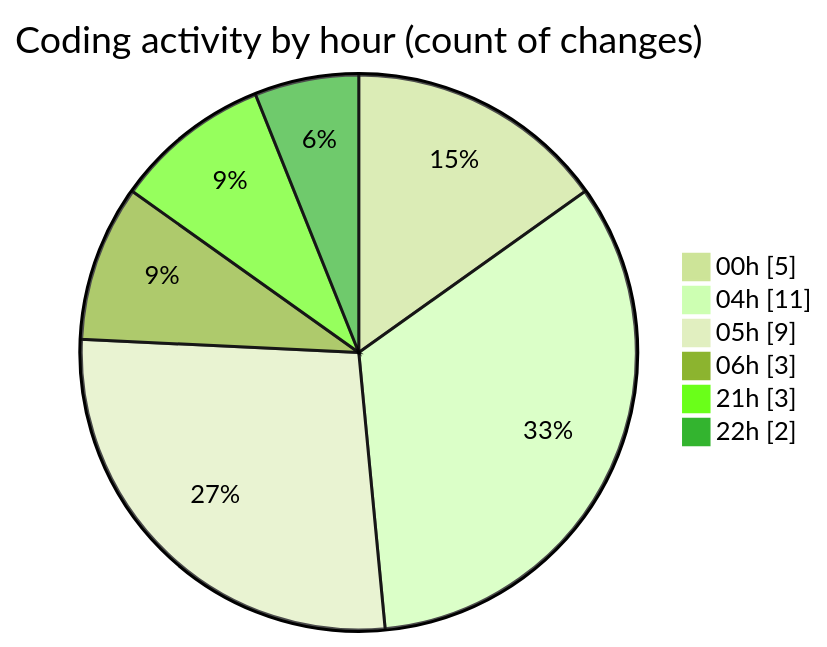
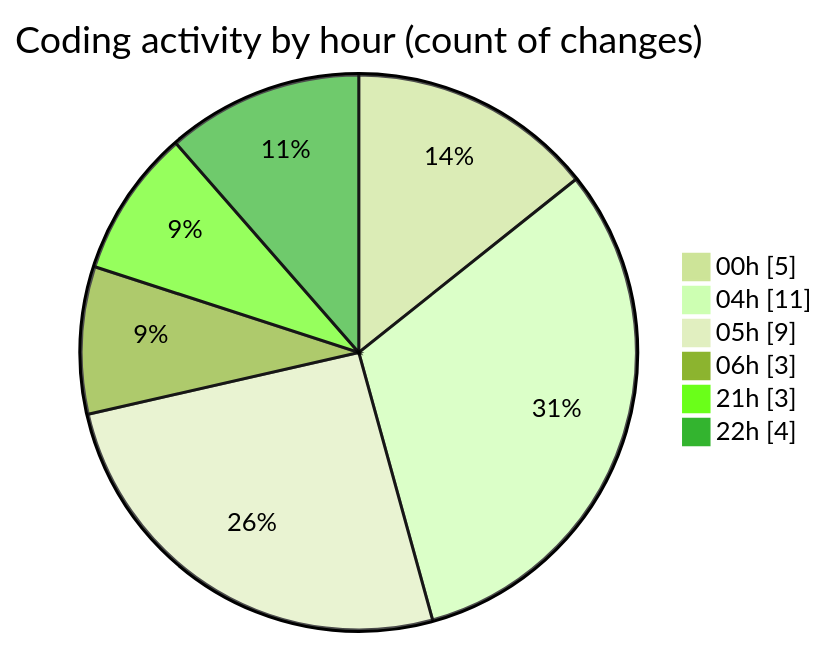
The second of 2 diagrams in 2025-03-28/autodidak/README.md (idhammustaqopulfikri/code-tracking), drawn with Mermaid (forest theme) before and after one commit. The commit also changed other lines of this file and 1 other file, not shown here.

````diff
--- a/2025-03-28/autodidak/README.md
+++ b/2025-03-28/autodidak/README.md
@@ -36,10 +36,10 @@
 ```mermaid
 pie showData
 title Coding activity by hour (count of changes)
 "00h" : 5
 "04h" : 11
 "05h" : 9
 "06h" : 3
 "21h" : 3
-"22h" : 2
+"22h" : 4
 ```
````
